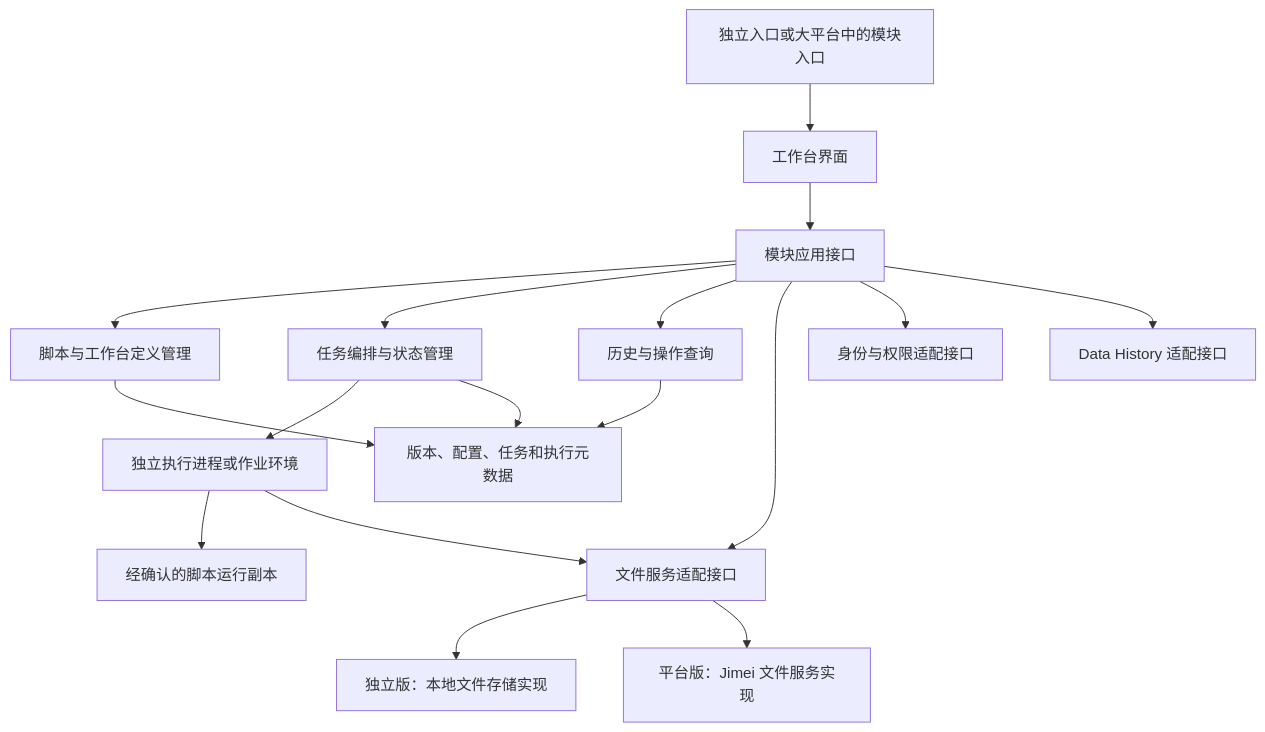
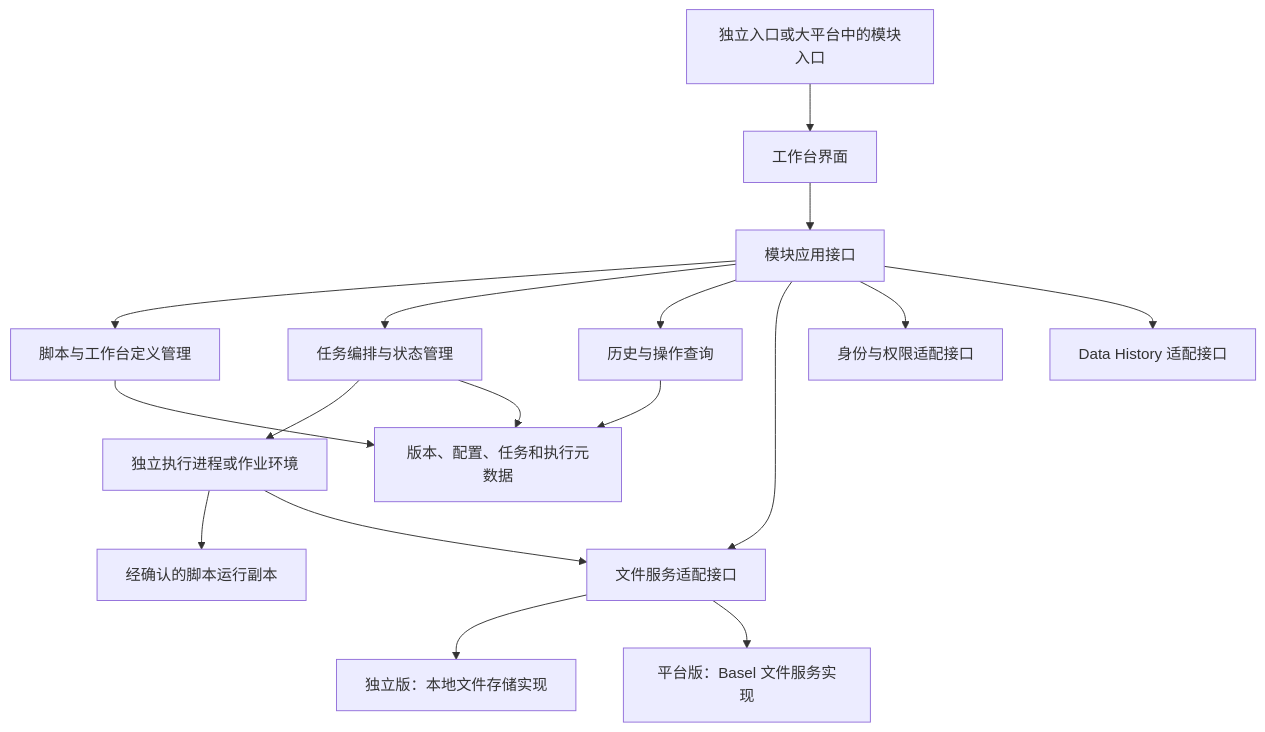
The second of 4 diagrams in DOCS/02_REQUIREMENTS.md (wen001-git/20_PYReport-Workbench), drawn with Mermaid before and after one commit. The commit also changed other lines of this file and 2 other files, not shown here.

Commit message:
docs: standardize platform and report names as Basel and LCR

````diff
--- a/DOCS/02_REQUIREMENTS.md
+++ b/DOCS/02_REQUIREMENTS.md
@@ -62,19 +62,19 @@
 ```mermaid
 flowchart TB
     U[独立入口或大平台中的模块入口] --> UI[工作台界面]
     UI --> API[模块应用接口]
     API --> S[脚本与工作台定义管理]
     API --> O[任务编排与状态管理]
     API --> Q[历史与操作查询]
     O --> R[独立执行进程或作业环境]
     R --> P[经确认的脚本运行副本]
     S --> DB[版本、配置、任务和执行元数据]
     O --> DB
     Q --> DB
     API --> FS[文件服务适配接口]
     R --> FS
     FS --> LOCAL[独立版：本地文件存储实现]
-    FS --> PLATFORM[平台版：Jimei 文件服务实现]
+    FS --> PLATFORM[平台版：Basel 文件服务实现]
     API --> ID[身份与权限适配接口]
     API --> HS[Data History 适配接口]
 ```
````
